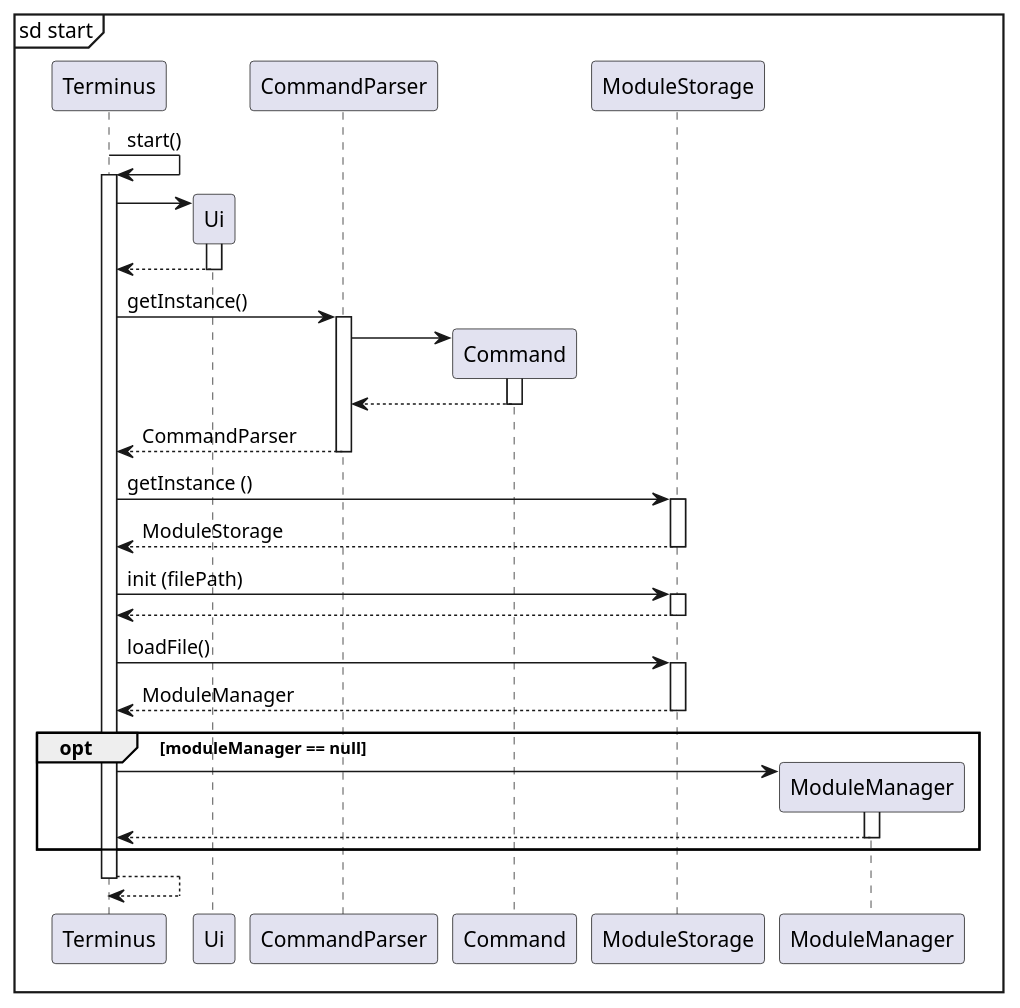
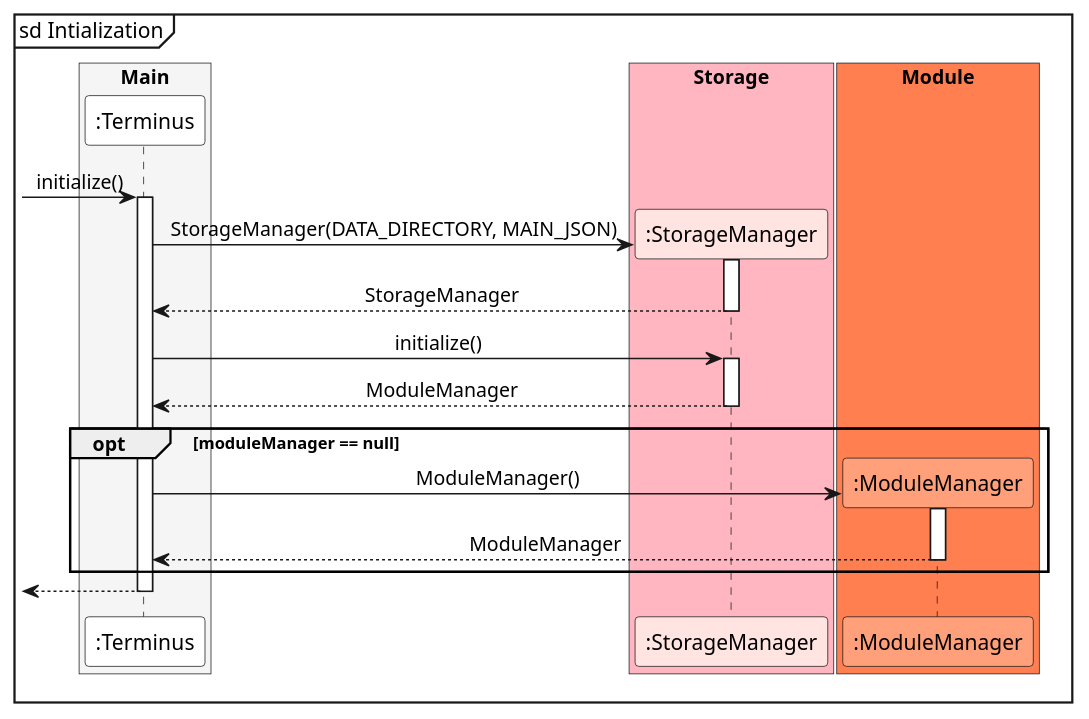
The diagram in docs/uml/MainInit.puml (nus-cs2113-AY2122S1/tp), drawn with PlantUML before and after one commit. The commit also changed 18 other files, not shown here.

Commit message:
Update DG with Architecture Diagram and sequence diagrams

```diff
--- a/docs/uml/MainInit.puml
+++ b/docs/uml/MainInit.puml
@@ -1,27 +1,31 @@
 @startuml
 'https://plantuml.com/sequence-diagram
+box "Main" #whitesmoke
+participant ":Terminus" as Terminus #white
+endbox
+box "Storage" #lightpink
+participant ":StorageManager" as StorageManager #mistyrose
+endbox
+box "Module" #coral
+participant ":ModuleManager" as ModuleManager #lightsalmon
+endbox
 
 autoactivate on
-mainframe sd start
-  Terminus -> Terminus: start()
-    create Ui
-    Terminus -> Ui
-    return
-    Terminus -> CommandParser : getInstance()
-      create Command
-      CommandParser -> Command
-      return
-    return CommandParser
-    Terminus -> ModuleStorage : getInstance ()
-    return ModuleStorage
-    Terminus -> ModuleStorage: init (filePath)
-    return
-    Terminus -> ModuleStorage: loadFile()
+skinparam sequenceMessageAlign center
+mainframe sd Intialization
+
+ -> Terminus: initialize()
+
+    create StorageManager
+    Terminus -> StorageManager : StorageManager(DATA_DIRECTORY, MAIN_JSON)
+    return StorageManager
+    Terminus -> StorageManager: initialize()
     return ModuleManager
     opt moduleManager == null
       create ModuleManager
-      Terminus -> ModuleManager
-      return
+      Terminus -> ModuleManager: ModuleManager()
+      return ModuleManager
     end
   return
+
 @enduml
```
